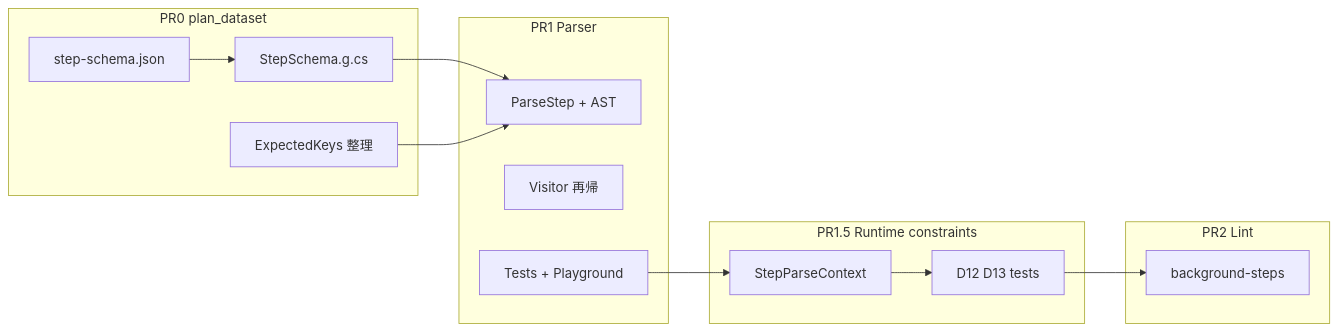
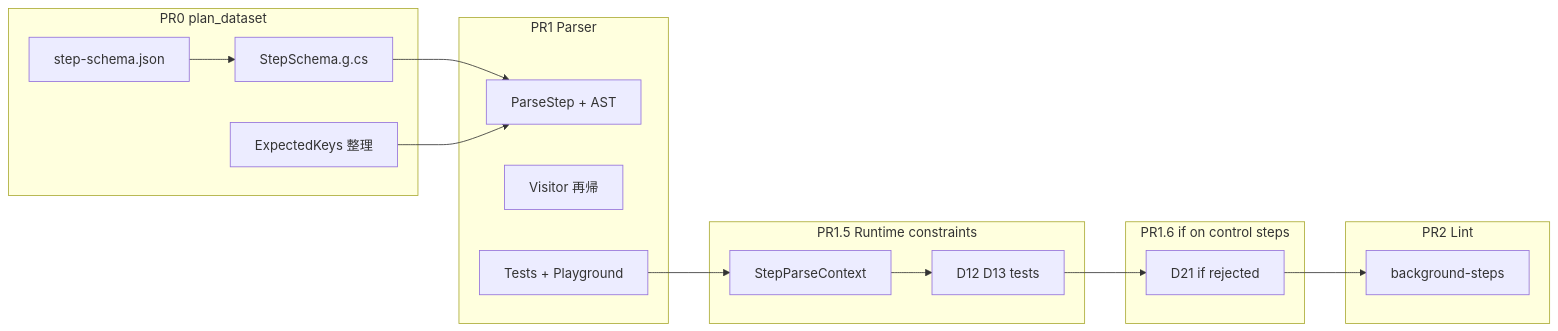
The diagram in .github/docs/plan_parallel.md (guitarrapc/seiton), drawn with Mermaid before and after one commit. The commit also changed other lines of this file and 5 other files, not shown here.

````diff
--- a/.github/docs/plan_parallel.md
+++ b/.github/docs/plan_parallel.md
@@ -370,26 +428,30 @@
 ```mermaid
 flowchart LR
   subgraph pr0 [PR0 plan_dataset]
     A[step-schema.json]
     B[StepSchema.g.cs]
     C[ExpectedKeys 整理]
   end
   subgraph pr1 [PR1 Parser]
     P1[ParseStep + AST]
     P2[Visitor 再帰]
     P3[Tests + Playground]
   end
   subgraph pr15 [PR1.5 Runtime constraints]
     R1[StepParseContext]
     R2[D12 D13 tests]
   end
+  subgraph pr16 [PR1.6 if on control steps]
+    R3[D21 if rejected]
+  end
   subgraph pr2 [PR2 Lint]
     L1[background-steps]
   end
   A --> B
   B --> P1
   C --> P1
   P3 --> R1
   R1 --> R2
-  R2 --> L1
+  R2 --> R3
+  R3 --> L1
 ```
````
